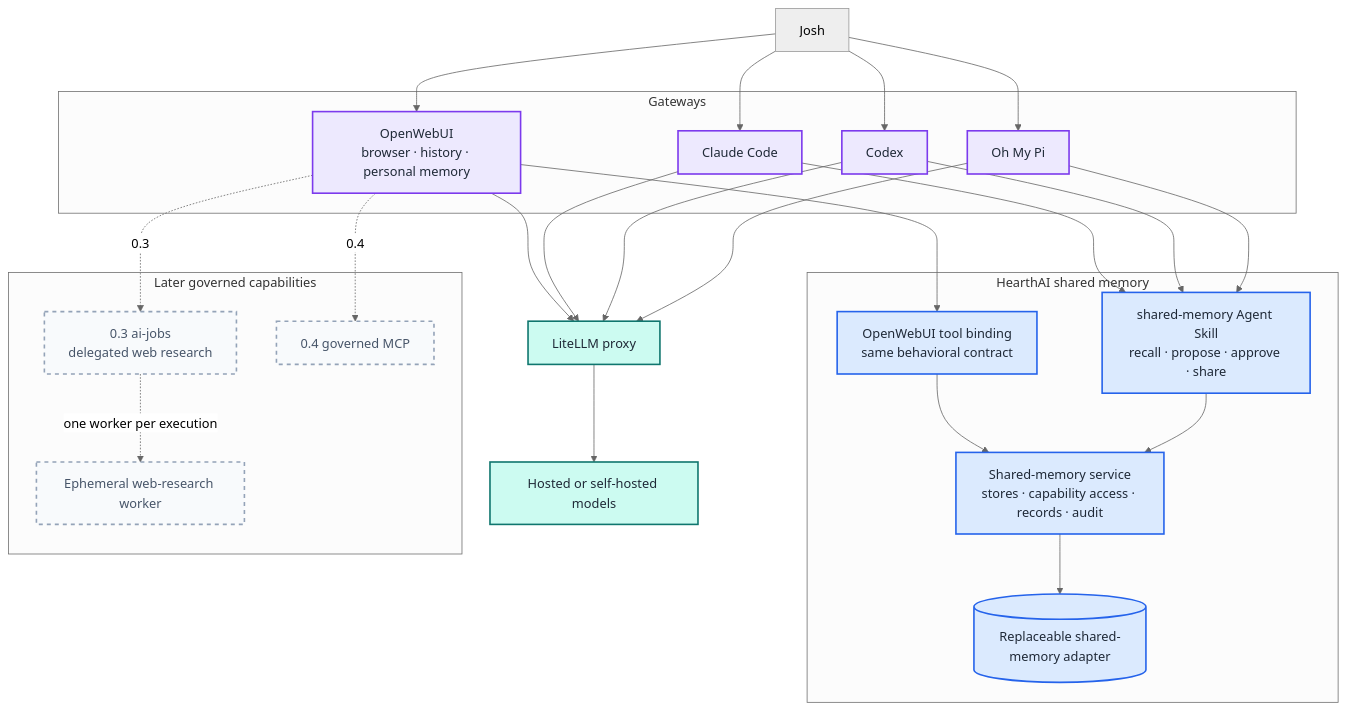
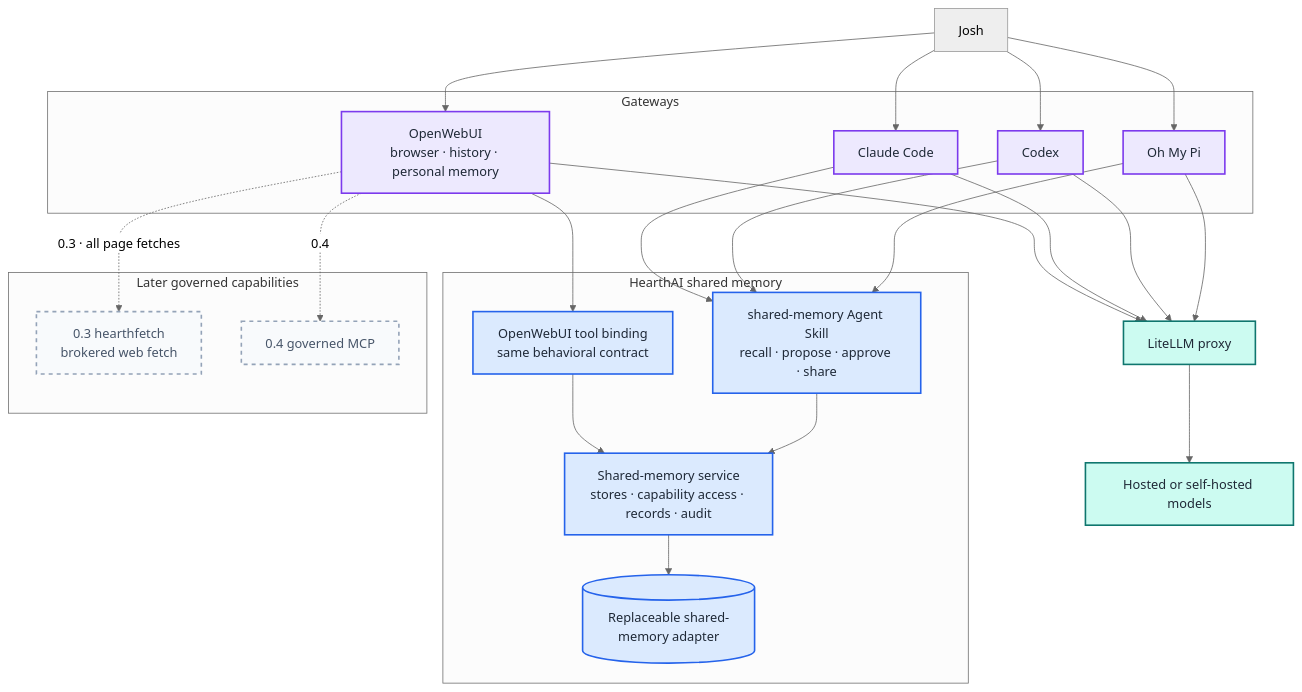
The first of 6 diagrams in docs/ARCHITECTURE.md (jokajak/hearthai), drawn with Mermaid (neutral theme) before and after one commit. The commit also changed other lines of this file and 26 other files, not shown here.

First line of the commit message:
docs: replace web research with brokered web fetch

````diff
--- a/docs/ARCHITECTURE.md
+++ b/docs/ARCHITECTURE.md
@@ -22,60 +22,58 @@
 ```mermaid
 flowchart TB
     USER["Josh"]
 
     subgraph GATEWAYS["Gateways"]
         OW["OpenWebUI<br/>browser · history · personal memory"]
         CC["Claude Code"]
         CX["Codex"]
         OMP["Oh My Pi"]
     end
 
     subgraph MEMORY["HearthAI shared memory"]
         SKILL["shared-memory Agent Skill<br/>recall · propose · approve · share"]
         OWADAPTER["OpenWebUI tool binding<br/>same behavioral contract"]
         SERVICE["Shared-memory service<br/>stores · capability access · records · audit"]
         STORE[("Replaceable shared-memory adapter")]
     end
 
     subgraph LATER["Later governed capabilities"]
-        JOBS["0.3 ai-jobs<br/>delegated web research"]
-        WORKER["Ephemeral web-research worker"]
+        FETCH["0.3 hearthfetch<br/>brokered web fetch"]
         MCP["0.4 governed MCP"]
     end
 
     LITELLM["LiteLLM proxy"]
     MODELS["Hosted or self-hosted models"]
 
     USER --> OW
     USER --> CC
     USER --> CX
     USER --> OMP
 
     OW --> LITELLM
     CC --> LITELLM
     CX --> LITELLM
     OMP --> LITELLM
     LITELLM --> MODELS
 
     OW --> OWADAPTER
     CC --> SKILL
     CX --> SKILL
     OMP --> SKILL
     OWADAPTER --> SERVICE
     SKILL --> SERVICE
     SERVICE --> STORE
 
-    OW -. "0.3" .-> JOBS
-    JOBS -. "one worker per execution" .-> WORKER
+    OW -. "0.3 · all page fetches" .-> FETCH
     OW -. "0.4" .-> MCP
 
     classDef gateway fill:#ede9fe,stroke:#7c3aed,stroke-width:2px,color:#1f2937
     classDef memory fill:#dbeafe,stroke:#2563eb,stroke-width:2px,color:#1f2937
     classDef platform fill:#ccfbf1,stroke:#0f766e,stroke-width:2px,color:#1f2937
     classDef deferred fill:#f8fafc,stroke:#94a3b8,stroke-width:2px,stroke-dasharray:5 5,color:#475569
 
     class OW,CC,CX,OMP gateway
     class SKILL,OWADAPTER,SERVICE,STORE memory
     class LITELLM,MODELS platform
-    class JOBS,WORKER,MCP deferred
+    class FETCH,MCP deferred
 ```
````
